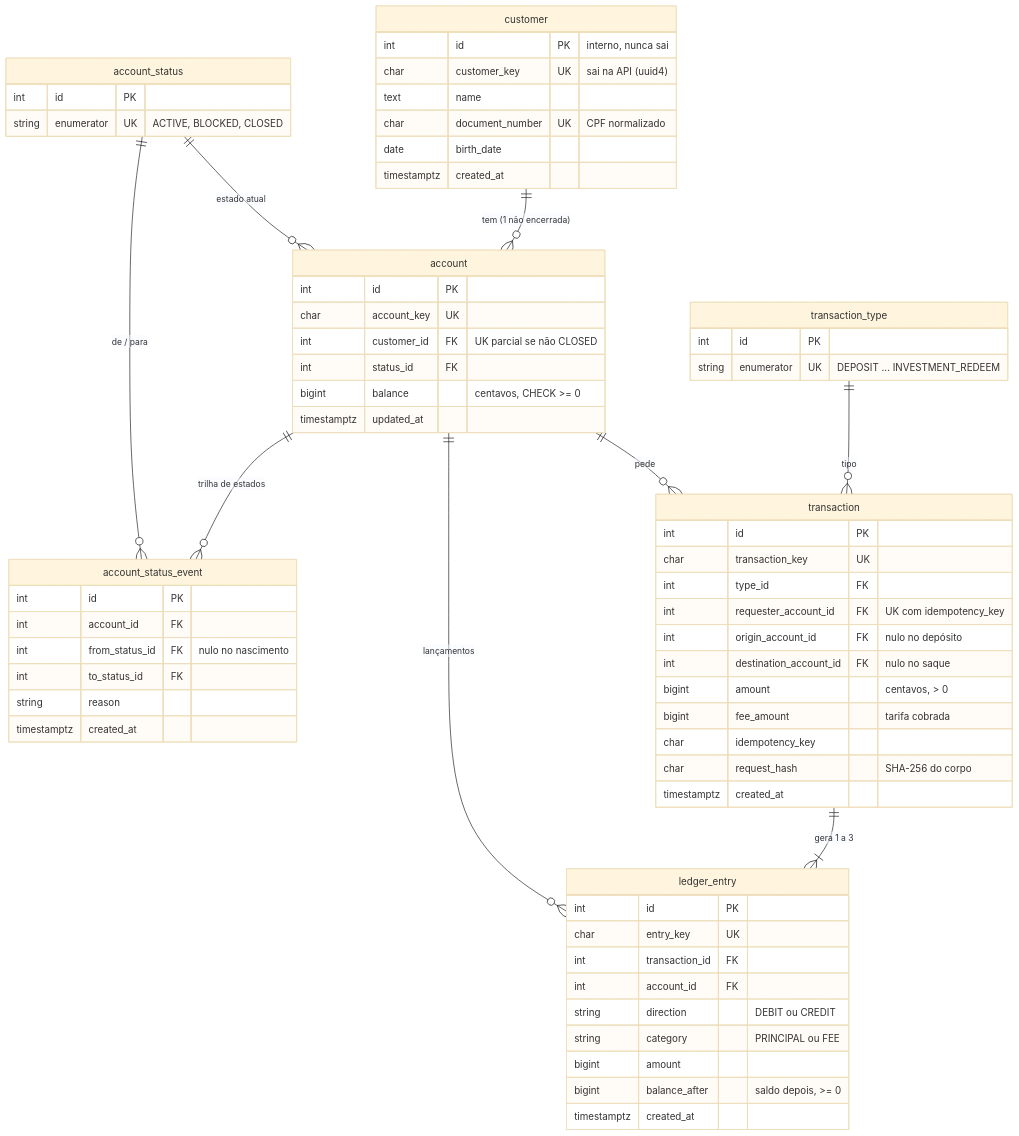
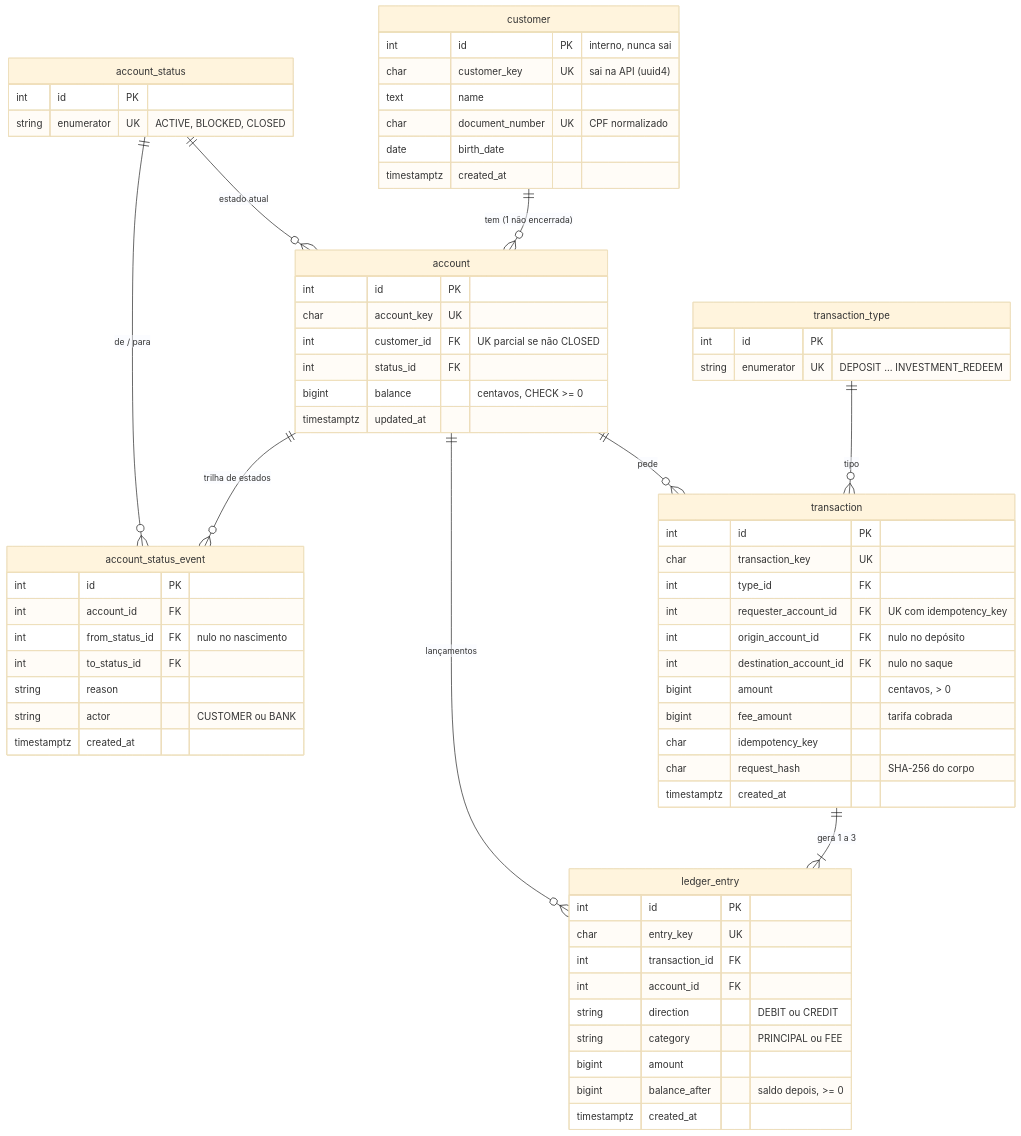
The diagram in docs/diagramas/er-nucleo.mmd (heluylucas/bootcamp-qi-tech-presidas-), drawn with Mermaid (base theme) before and after one commit. The commit also changed 2 other files, not shown here.

```diff
--- a/docs/diagramas/er-nucleo.mmd
+++ b/docs/diagramas/er-nucleo.mmd
@@ -1,66 +1,67 @@
 erDiagram
     customer ||--o{ account : "tem (1 não encerrada)"
     account_status ||--o{ account : "estado atual"
     account ||--o{ account_status_event : "trilha de estados"
     account_status ||--o{ account_status_event : "de / para"
     transaction_type ||--o{ transaction : "tipo"
     account ||--o{ transaction : "pede"
     transaction ||--|{ ledger_entry : "gera 1 a 3"
     account ||--o{ ledger_entry : "lançamentos"
 
     customer {
         int id PK "interno, nunca sai"
         char customer_key UK "sai na API (uuid4)"
         text name
         char document_number UK "CPF normalizado"
         date birth_date
         timestamptz created_at
     }
     account {
         int id PK
         char account_key UK
         int customer_id FK "UK parcial se não CLOSED"
         int status_id FK
         bigint balance "centavos, CHECK >= 0"
         timestamptz updated_at
     }
     account_status {
         int id PK
         string enumerator UK "ACTIVE, BLOCKED, CLOSED"
     }
     account_status_event {
         int id PK
         int account_id FK
         int from_status_id FK "nulo no nascimento"
         int to_status_id FK
         string reason
+        string actor "CUSTOMER ou BANK"
         timestamptz created_at
     }
     transaction_type {
         int id PK
         string enumerator UK "DEPOSIT ... INVESTMENT_REDEEM"
     }
     transaction {
         int id PK
         char transaction_key UK
         int type_id FK
         int requester_account_id FK "UK com idempotency_key"
         int origin_account_id FK "nulo no depósito"
         int destination_account_id FK "nulo no saque"
         bigint amount "centavos, > 0"
         bigint fee_amount "tarifa cobrada"
         char idempotency_key
         char request_hash "SHA-256 do corpo"
         timestamptz created_at
     }
     ledger_entry {
         int id PK
         char entry_key UK
         int transaction_id FK
         int account_id FK
         string direction "DEBIT ou CREDIT"
         string category "PRINCIPAL ou FEE"
         bigint amount
         bigint balance_after "saldo depois, >= 0"
         timestamptz created_at
     }
```
